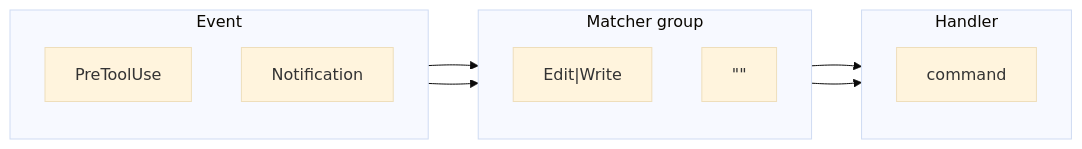
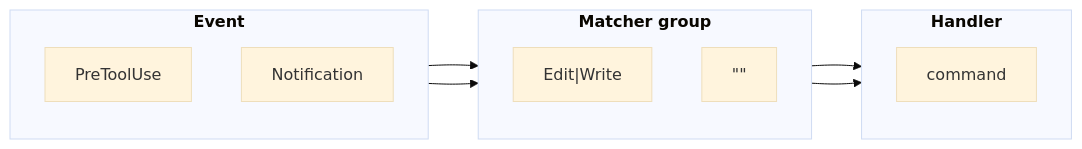
The diagram in claude-code-hooks.md (rstacruz/cheatsheets), drawn with Mermaid (base theme) before and after one commit. The commit also changed 1 other file, not shown here.

Commit message:
Bold diagram stage labels
Emphasise the Herdr entity types and hook stage names in the Mermaid labels.

````diff
--- a/claude-code-hooks.md
+++ b/claude-code-hooks.md
@@ -44,21 +44,21 @@
 ```mermaid title="Event to handler"
 flowchart LR
   accTitle: Hook anatomy
   accDescr: PreToolUse uses Edit|Write; Notification an empty matcher.
-  subgraph event [Event]
+  subgraph event ["`**Event**`"]
     direction TB
     PreToolUse["PreToolUse"]
     Notification["Notification"]
   end
-  subgraph matcher [Matcher group]
+  subgraph matcher ["`**Matcher group**`"]
     direction TB
     EditWrite["Edit|Write"]
     Empty["#quot;#quot;"]
   end
-  subgraph handler [Handler]
+  subgraph handler ["`**Handler**`"]
     direction TB
     Command["command"]
   end
   PreToolUse --> EditWrite --> Command
   Notification --> Empty --> Command
 ```
````
